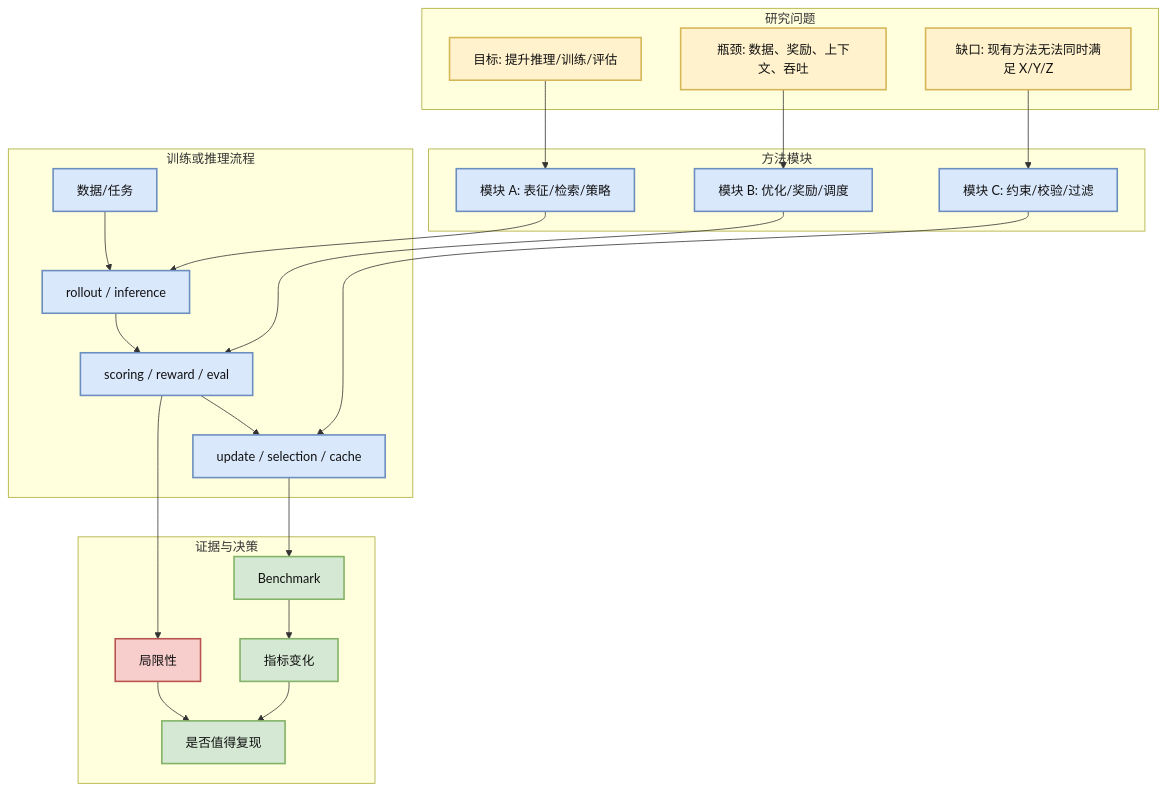
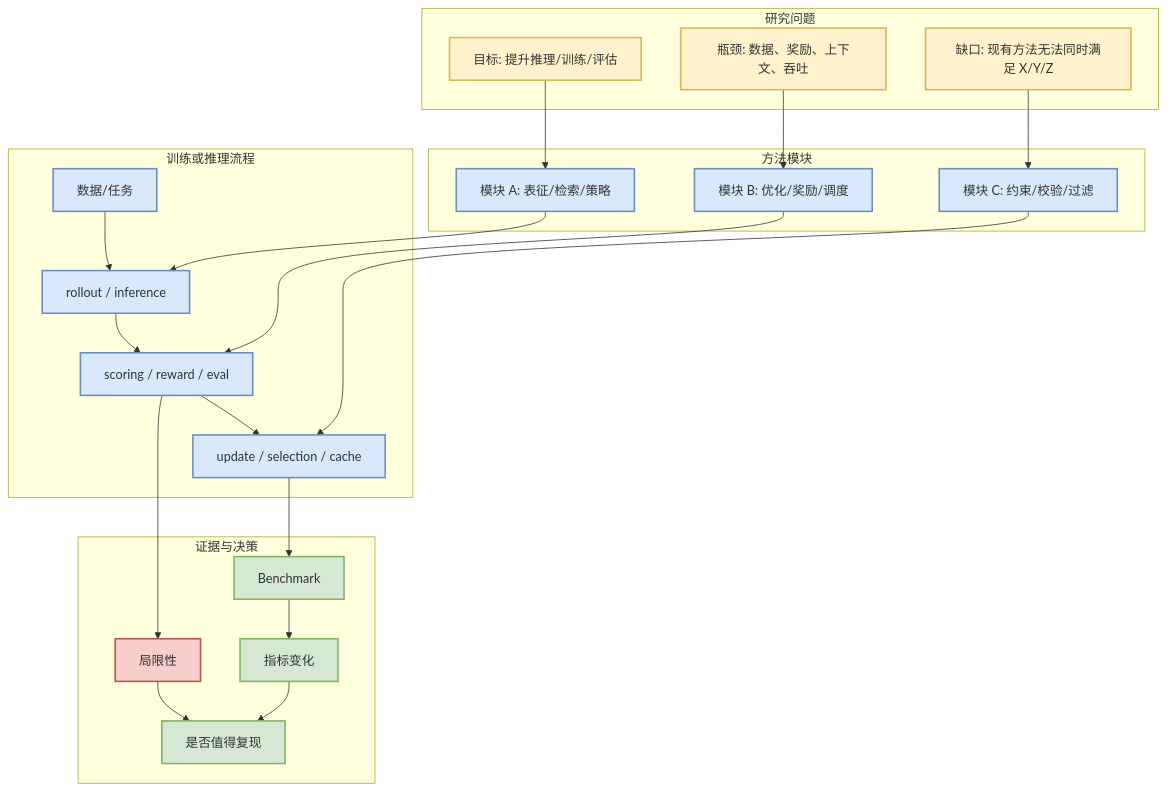
Before and after one commit to dyt27666-oss/AI-news-report-obsidians: the first of 6 diagrams in Templates/mermaid-patterns.md, drawn with Mermaid. The commit also changed other lines of this file, not shown here.

Commit message:
Expand Mermaid pattern library

````diff
--- a/Templates/mermaid-patterns.md
+++ b/Templates/mermaid-patterns.md
@@ -7,42 +10,42 @@
 ```mermaid
 flowchart TB
   subgraph Q[研究问题]
     Q1[目标: 提升推理/训练/评估]
     Q2[瓶颈: 数据、奖励、上下文、吞吐]
     Q3[缺口: 现有方法无法同时满足 X/Y/Z]
   end
 
   subgraph M[方法模块]
     M1[模块 A: 表征/检索/策略]
     M2[模块 B: 优化/奖励/调度]
     M3[模块 C: 约束/校验/过滤]
   end
 
   subgraph P[训练或推理流程]
     D[数据/任务] --> R[rollout / inference]
     R --> S[scoring / reward / eval]
     S --> U[update / selection / cache]
   end
 
   subgraph E[证据与决策]
     E1[Benchmark]
     E2[指标变化]
     E3[局限性]
     E4[是否值得复现]
   end
 
   Q1 --> M1 --> R
   Q2 --> M2 --> S
   Q3 --> M3 --> U
   U --> E1 --> E2 --> E4
   S --> E3 --> E4
 
-  classDef problem fill:#fff2cc,stroke:#d6b656,stroke-width:2px,color:#111;
-  classDef method fill:#dae8fc,stroke:#6c8ebf,stroke-width:2px,color:#111;
-  classDef evidence fill:#d5e8d4,stroke:#82b366,stroke-width:2px,color:#111;
-  classDef risk fill:#f8cecc,stroke:#b85450,stroke-width:2px,color:#111;
+  classDef problem  fill:#fff2cc,stroke:#d6b656,stroke-width:2px;
+  classDef method   fill:#dae8fc,stroke:#6c8ebf,stroke-width:2px;
+  classDef evidence fill:#d5e8d4,stroke:#82b366,stroke-width:2px;
+  classDef risk     fill:#f8cecc,stroke:#b85450,stroke-width:2px;
   class Q1,Q2,Q3 problem;
   class M1,M2,M3,D,R,S,U method;
   class E1,E2,E4 evidence;
   class E3 risk;
 ```
````
